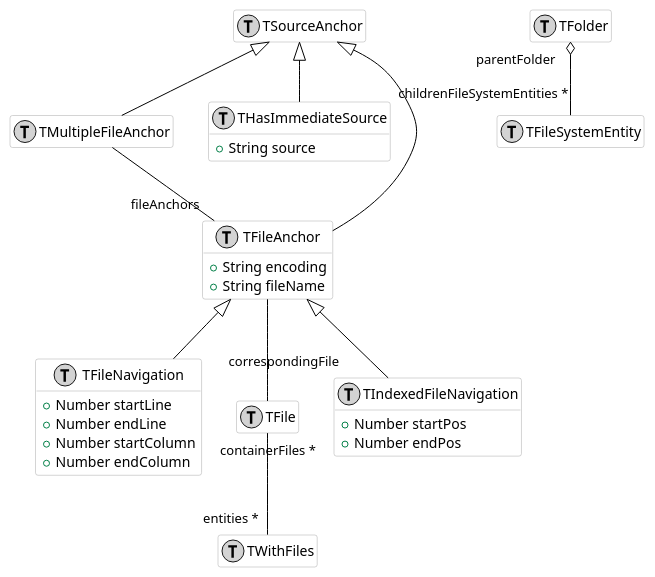
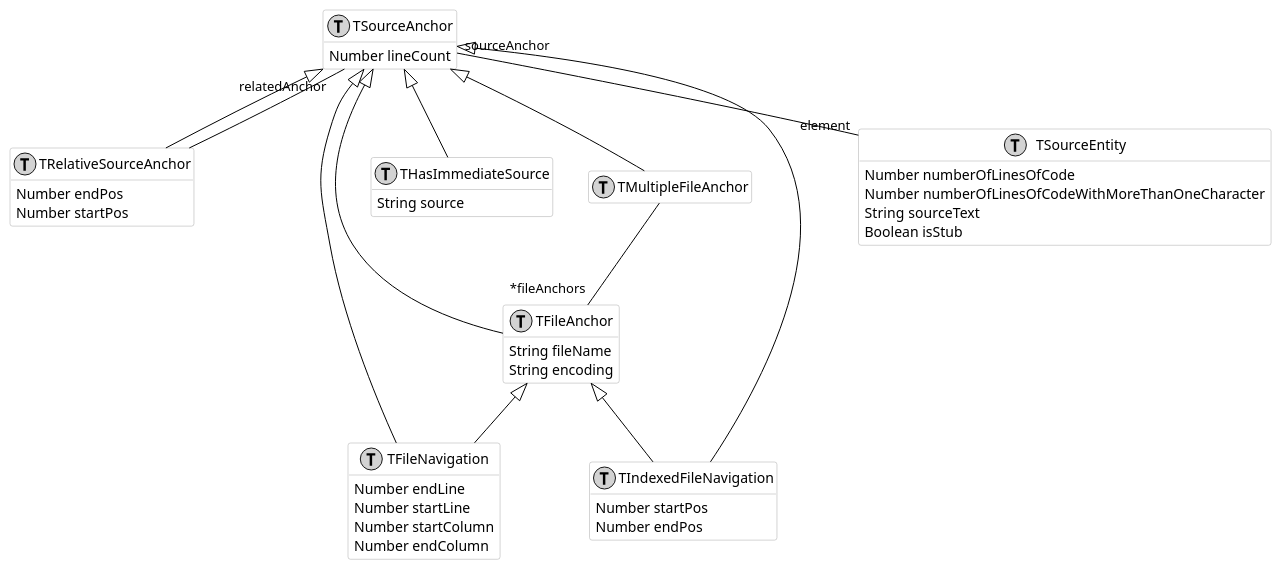
Before and after one commit to moosetechnology/moose-wiki: the diagram in Developers/Diagrams/anchor.puml, drawn with PlantUML. The commit also changed 17 other files, not shown here.

Commit message:
updated uml diagrams

```diff
--- a/Developers/Diagrams/anchor.puml
+++ b/Developers/Diagrams/anchor.puml
@@ -1,60 +1,57 @@
 @startuml
 hide empty members
 
 skinparam class {
   BackgroundColor white
   ArrowColor black
   BorderColor darkGray
 }
 
-class behavior1 as "TFileNavigation" << (T,lightGrey) >> {
-	+ Number startLine
-	+ Number endLine
-	+ Number startColumn
-	+ Number endColumn
+class TFileAnchor << (T,lightGrey) >> {
+  String fileName
+  String encoding
+}
+class TFileNavigation << (T,lightGrey) >> {
+  Number endLine
+  Number startLine
+  Number startColumn
+  Number endColumn
+}
+class THasImmediateSource << (T,lightGrey) >> {
+  String source
+}
+class TIndexedFileNavigation << (T,lightGrey) >> {
+  Number startPos
+  Number endPos
+}
+class TMultipleFileAnchor << (T,lightGrey) >> {
+}
+class TRelativeSourceAnchor << (T,lightGrey) >> {
+  Number endPos
+  Number startPos
+}
+class TSourceAnchor << (T,lightGrey) >> {
+  Number lineCount
+}
+class TSourceEntity << (T,lightGrey) >> {
+  Number numberOfLinesOfCode
+  Number numberOfLinesOfCodeWithMoreThanOneCharacter
+  String sourceText
+  Boolean isStub
 }
 
-class behavior2 as "TFile" << (T,lightGrey) >> {
-}
+TSourceAnchor <|-- TFileAnchor
+TFileAnchor <|-- TFileNavigation
+TSourceAnchor <|-- TFileNavigation
+TSourceAnchor <|-- THasImmediateSource
+TFileAnchor <|-- TIndexedFileNavigation
+TSourceAnchor <|-- TIndexedFileNavigation
+TSourceAnchor <|-- TMultipleFileAnchor
+TSourceAnchor <|-- TRelativeSourceAnchor
 
-class behavior3 as "TIndexedFileNavigation" << (T,lightGrey) >> {
-	+ Number startPos
-	+ Number endPos
-}
+TMultipleFileAnchor -- " *fileAnchors" TFileAnchor
+TRelativeSourceAnchor -- "relatedAnchor" TSourceAnchor
+TSourceAnchor "sourceAnchor" -- "element" TSourceEntity
 
-class behavior4 as "TFileSystemEntity" << (T,lightGrey) >> {
-}
-
-class behavior5 as "TSourceAnchor" << (T,lightGrey) >> {
-}
-
-class behavior6 as "TMultipleFileAnchor" << (T,lightGrey) >> {
-}
-
-class behavior7 as "THasImmediateSource" << (T,lightGrey) >> {
-	+ String source
-}
-
-class behavior8 as "TFileAnchor" << (T,lightGrey) >> {
-	+ String encoding
-	+ String fileName
-}
-
-class behavior9 as "TWithFiles" << (T,lightGrey) >> {
-}
-
-class behavior10 as "TFolder" << (T,lightGrey) >> {
-}
-
-behavior8 <|-[#black]- behavior1
-behavior8 <|-[#black]- behavior3
-behavior5 <|-[#black]- behavior6
-behavior5 <|-[#black]- behavior7
-behavior5 <|-[#black]- behavior8
-
-behavior6 -[#black]- "fileAnchors" behavior8
-behavior10 "parentFolder " o-[#black]- "childrenFileSystemEntities *" behavior4
-behavior2 "containerFiles *" -[#black]- "entities *" behavior9
-behavior8 -[#black]- "correspondingFile " behavior2
 
 @enduml
```
